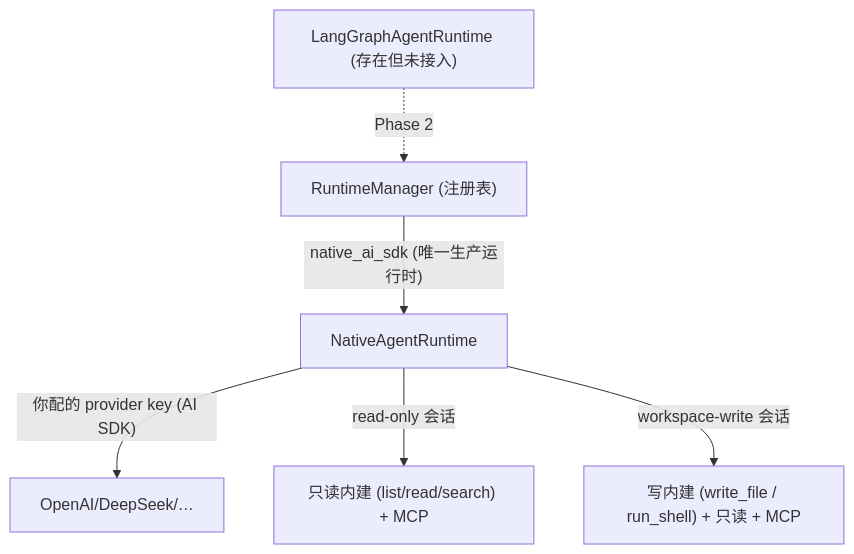
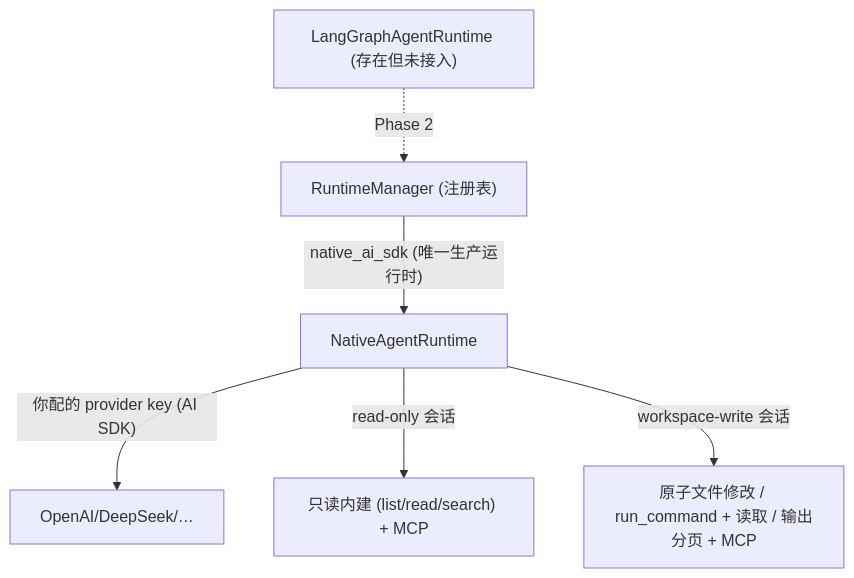
The seventh of 8 diagrams in doc/architecture.md (Haosen-Zhang/Socrates), drawn with Mermaid before and after one commit. The commit also changed other lines of this file and 42 other files, not shown here.

````diff
--- a/doc/architecture.md
+++ b/doc/architecture.md
@@ -345,9 +345,9 @@
 ```mermaid
 graph TB
   RM["RuntimeManager (注册表)"]
   RM -->|"native_ai_sdk (唯一生产运行时)"| N["NativeAgentRuntime"]
   N -->|"你配的 provider key (AI SDK)"| Prov["OpenAI/DeepSeek/…"]
   N -->|"read-only 会话"| RO["只读内建 (list/read/search) + MCP"]
-  N -->|"workspace-write 会话"| RW["写内建 (write_file / run_shell) + 只读 + MCP"]
+  N -->|"workspace-write 会话"| RW["原子文件修改 / run_command + 读取 / 输出分页 + MCP"]
   LG["LangGraphAgentRuntime (存在但未接入)"] -.->|Phase 2| RM
 ```
````
